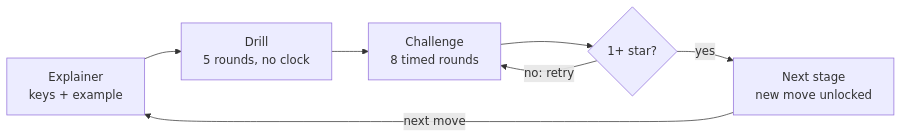
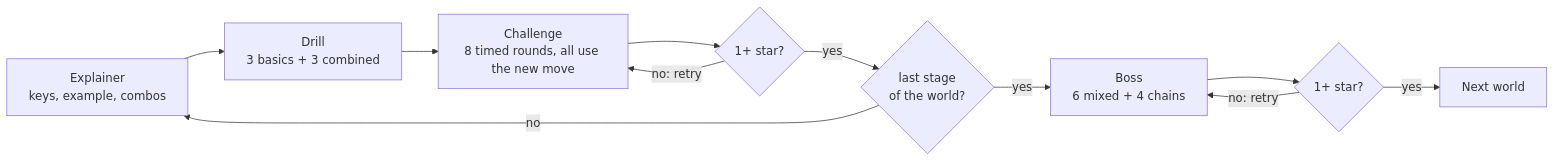
The diagram in SPEC.md (0KayKay/vim-dojo), drawn with Mermaid before and after one commit. The commit also changed other lines of this file and 9 other files, not shown here.

````diff
--- a/SPEC.md
+++ b/SPEC.md
@@ -67,9 +81,13 @@
 ```mermaid
 flowchart LR
-  E[Explainer<br/>keys + example] --> D[Drill<br/>5 rounds, no clock]
-  D --> C[Challenge<br/>8 timed rounds]
+  E[Explainer<br/>keys, example, combos] --> D[Drill<br/>3 basics + 3 combined]
+  D --> C[Challenge<br/>8 timed rounds, all use the new move]
   C --> P{1+ star?}
   P -- no: retry --> C
-  P -- yes --> N[Next stage<br/>new move unlocked]
-  N -- next move --> E
+  P -- yes --> N{last stage<br/>of the world?}
+  N -- no --> E
+  N -- yes --> B[Boss<br/>6 mixed + 4 chains]
+  B --> Q{1+ star?}
+  Q -- no: retry --> B
+  Q -- yes --> W[Next world]
 ```
````
